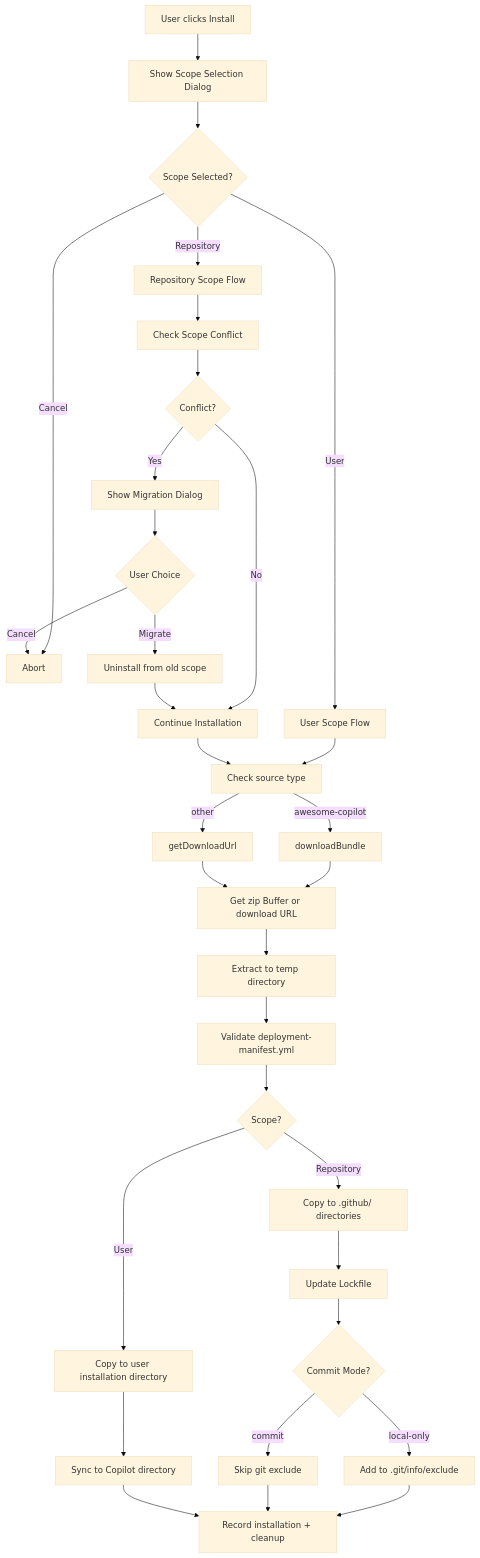
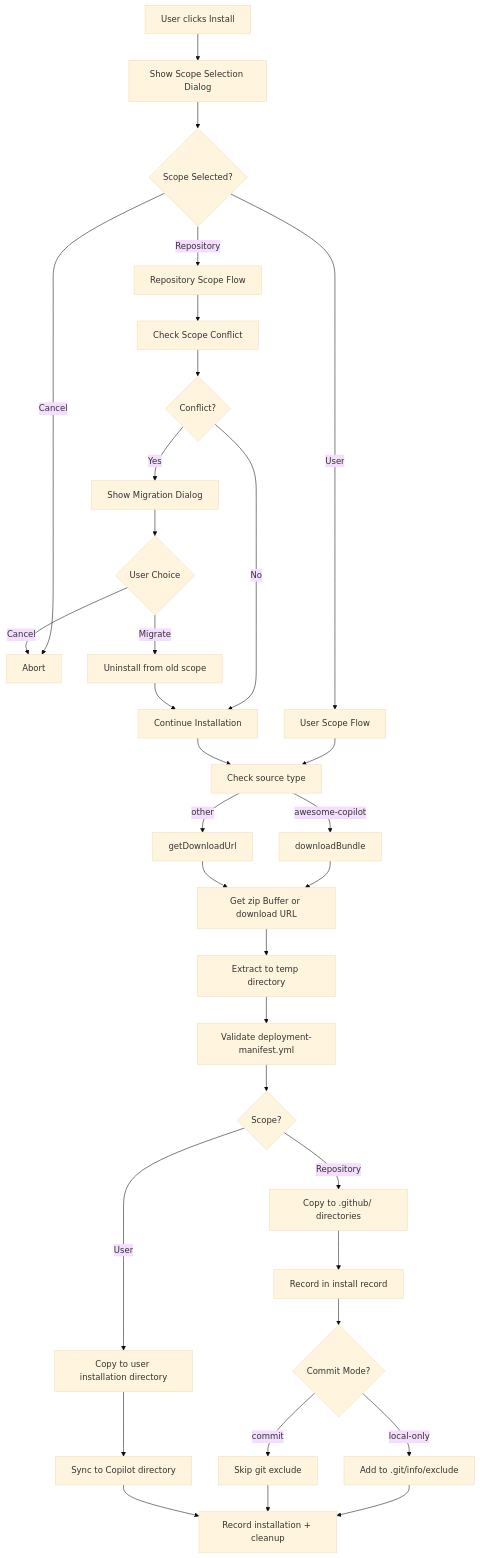
One commit to AmadeusITGroup/ai-primitives-hub changed the first of 6 diagrams in docs/contributor-guide/architecture/installation-flow.md. Above: the diagram before and after it, drawn with Mermaid (base theme). The commit also changed other lines of this file and 11 other files, not shown here.

````diff
--- a/docs/contributor-guide/architecture/installation-flow.md
+++ b/docs/contributor-guide/architecture/installation-flow.md
@@ -44,42 +46,42 @@
 ```mermaid
 flowchart TD
     A[User clicks Install] --> B[Show Scope Selection Dialog]
     B --> C{Scope Selected?}
     C -->|Cancel| Z[Abort]
     C -->|User| D[User Scope Flow]
     C -->|Repository| E[Repository Scope Flow]
     
     D --> F[Check source type]
     E --> G[Check Scope Conflict]
     
     G --> H{Conflict?}
     H -->|Yes| I[Show Migration Dialog]
     H -->|No| J[Continue Installation]
     
     I --> K{User Choice}
     K -->|Migrate| L[Uninstall from old scope]
     K -->|Cancel| Z
     L --> J
     
     J --> F
     
     F -->|awesome-copilot| M[downloadBundle]
     F -->|other| N[getDownloadUrl]
     M --> O[Get zip Buffer or download URL]
     N --> O
     O --> P[Extract to temp directory]
     P --> Q[Validate deployment-manifest.yml]
     Q --> R{Scope?}
     
     R -->|User| S[Copy to user installation directory]
     R -->|Repository| T[Copy to .github/ directories]
     
     S --> U[Sync to Copilot directory]
-    T --> V[Update Lockfile]
+    T --> V[Record in install record]
     V --> W{Commit Mode?}
     W -->|local-only| X[Add to .git/info/exclude]
     W -->|commit| Y[Skip git exclude]
     X --> AA[Record installation + cleanup]
     Y --> AA
     U --> AA
 ```
````
